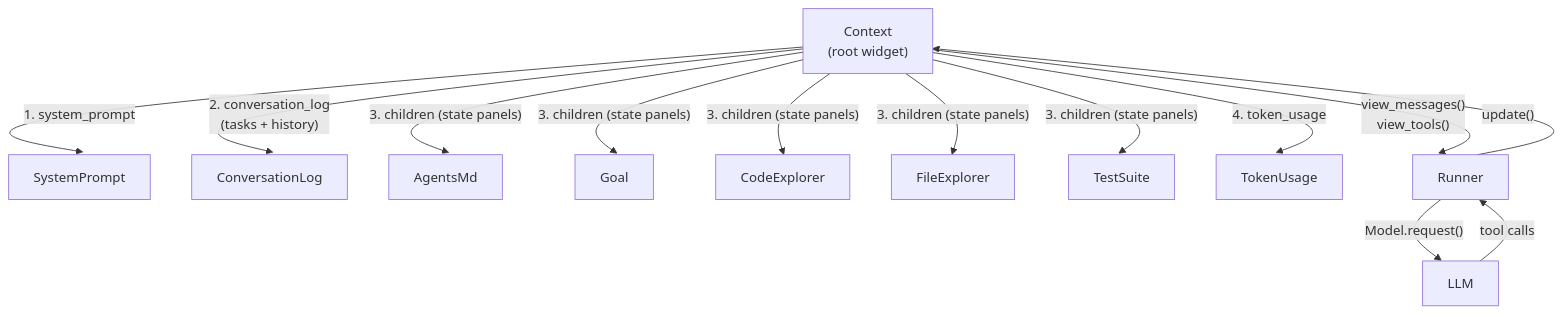
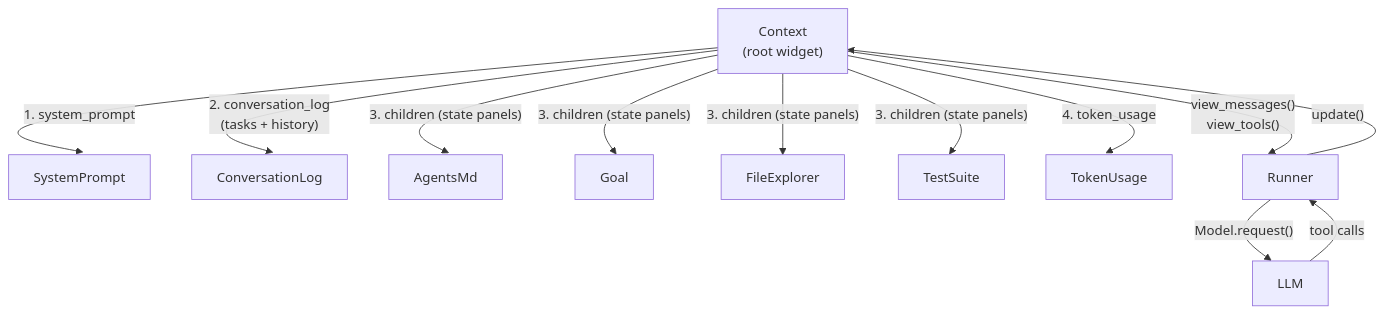
One commit to nilp0inter/calipso changed the second of 2 diagrams in docs/src/overview/README.md. Above: the diagram before and after it, drawn with Mermaid. The commit also changed other lines of this file and 9 other files, not shown here.

First line of the commit message:
Refactor FileExplorer to multi-open directories; disable CodeExplorer

````diff
--- a/docs/src/overview/README.md
+++ b/docs/src/overview/README.md
@@ -18,17 +18,16 @@
 ```mermaid
 %%{init: {'flowchart': {'curve': 'natural'}}}%%
 flowchart TB
     Context["Context\n(root widget)"]
     Context -- "1. system_prompt" --> SP["SystemPrompt"]
     Context -- "2. conversation_log\n(tasks + history)" --> CL["ConversationLog"]
     Context -- "3. children (state panels)" --> AgentsMd["AgentsMd"]
     Context -- "3. children (state panels)" --> Goal["Goal"]
-    Context -- "3. children (state panels)" --> CE["CodeExplorer"]
     Context -- "3. children (state panels)" --> FE["FileExplorer"]
     Context -- "3. children (state panels)" --> TS["TestSuite"]
     Context -- "4. token_usage" --> TU["TokenUsage"]
     Context -- "view_messages()\nview_tools()" --> Runner["Runner"]
     Runner -- "Model.request()" --> LLM["LLM"]
     LLM -- "tool calls" --> Runner
     Runner -- "update()" --> Context
 ```
````
